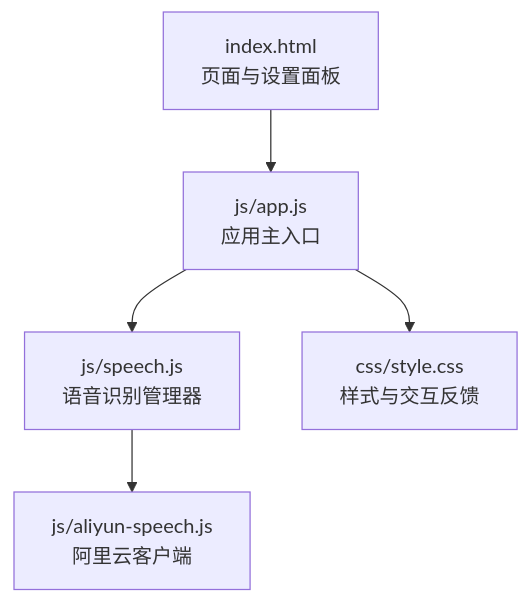
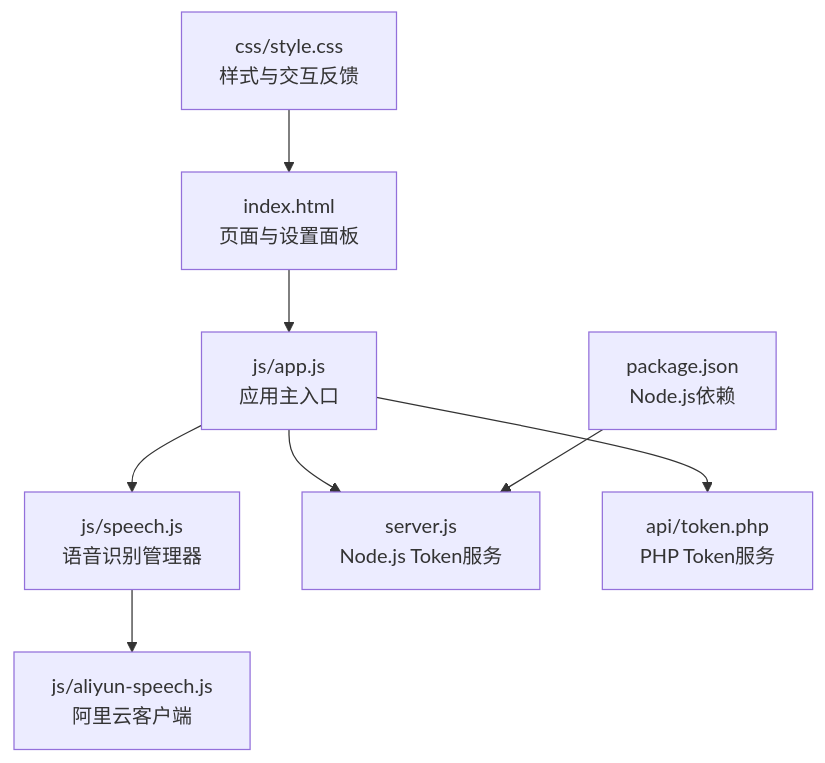
The first of 11 diagrams in .qoder/repowiki/zh/content/语音识别模块详解/多后端管理机制.md (db300/MySpeechRecognition), drawn with Mermaid before and after one commit. The commit also changed other lines of this file and 26 other files, not shown here.

````diff
--- a/.qoder/repowiki/zh/content/语音识别模块详解/多后端管理机制.md
+++ b/.qoder/repowiki/zh/content/语音识别模块详解/多后端管理机制.md
@@ -52,7 +60,10 @@
 ```mermaid
 graph TB
 A["index.html<br/>页面与设置面板"] --> B["js/app.js<br/>应用主入口"]
 B --> C["js/speech.js<br/>语音识别管理器"]
 C --> D["js/aliyun-speech.js<br/>阿里云客户端"]
-B --> F["css/style.css<br/>样式与交互反馈"]
+B --> E["server.js<br/>Node.js Token服务"]
+B --> F["api/token.php<br/>PHP Token服务"]
+G["package.json<br/>Node.js依赖"] --> E
+H["css/style.css<br/>样式与交互反馈"] --> A
 ```
````
